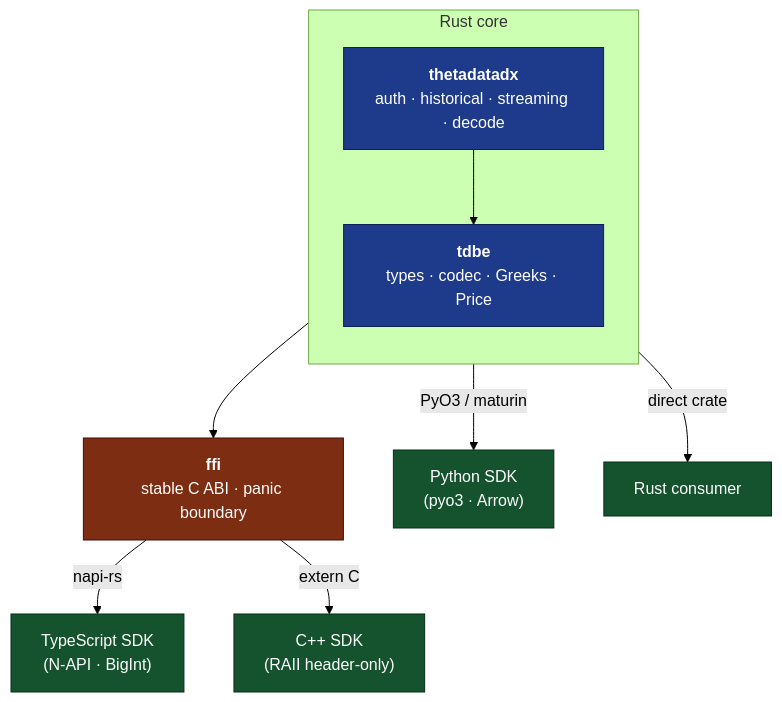
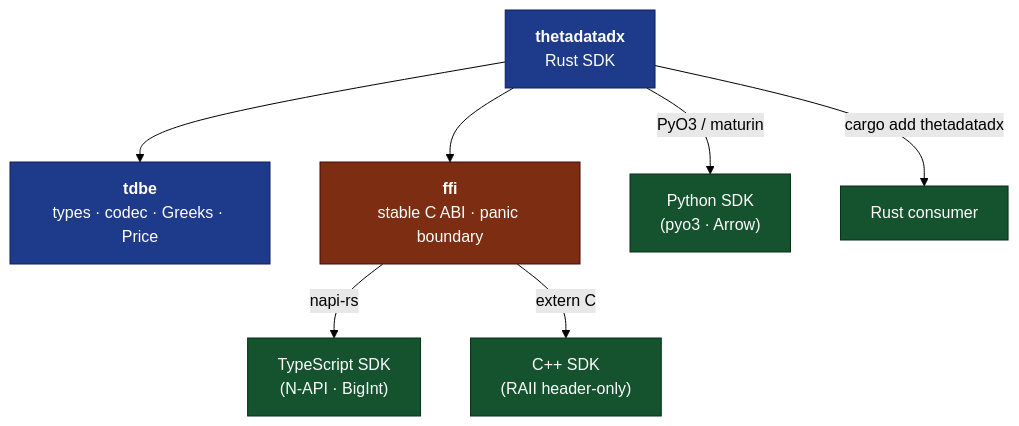
Before and after one commit to userFRM/ThetaDataDx: the diagram in README.md, drawn with Mermaid (forest theme). The commit also changed other lines of this file and 252 other files, not shown here.

First line of the commit message:
feat!: curated Rust SDK + FPSS streaming reshape + cross-binding parity sweep (#652)

````diff
--- a/README.md
+++ b/README.md
@@ -254,24 +283,21 @@
 ```mermaid
 flowchart TB
-    subgraph core["Rust core"]
-        direction TB
-        thetadatadx["<b>thetadatadx</b><br/>auth · historical · streaming · decode"]
-        tdbe["<b>tdbe</b><br/>types · codec · Greeks · Price"]
-        thetadatadx --> tdbe
-    end
+    rust_sdk["<b>thetadatadx</b><br/>Rust SDK"]
+    tdbe["<b>tdbe</b><br/>types · codec · Greeks · Price"]
+    rust_sdk --> tdbe
 
     ffi["<b>ffi</b><br/>stable C ABI · panic boundary"]
-    core --> ffi
+    rust_sdk --> ffi
 
-    core -->|PyO3 / maturin| python["Python SDK<br/>(pyo3 · Arrow)"]
+    rust_sdk -->|PyO3 / maturin| python["Python SDK<br/>(pyo3 · Arrow)"]
     ffi -->|napi-rs| ts["TypeScript SDK<br/>(N-API · BigInt)"]
     ffi -->|extern C| cpp["C++ SDK<br/>(RAII header-only)"]
-    core -->|direct crate| rust["Rust consumer"]
+    rust_sdk -->|cargo add thetadatadx| rust["Rust consumer"]
 
-    classDef coreStyle fill:#1e3a8a,stroke:#0c1e5c,color:#fff
+    classDef sdkCore fill:#1e3a8a,stroke:#0c1e5c,color:#fff
     classDef ffiStyle fill:#7c2d12,stroke:#450a0a,color:#fff
-    classDef sdkStyle fill:#14532d,stroke:#052e16,color:#fff
-    class thetadatadx,tdbe coreStyle
+    classDef sdkBinding fill:#14532d,stroke:#052e16,color:#fff
+    class rust_sdk,tdbe sdkCore
     class ffi ffiStyle
-    class python,ts,cpp,rust sdkStyle
+    class python,ts,cpp,rust sdkBinding
 ```
````
